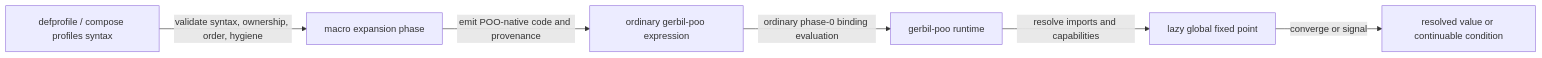
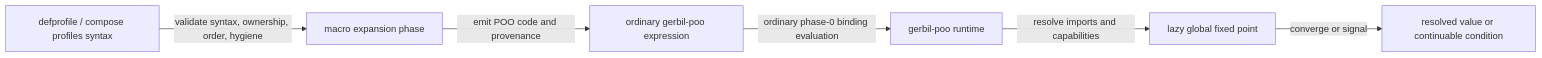
One commit to tao3k/gebril-yuanxu changed the seventh of 9 diagrams in module-system/design/45-17-profile-expansion-reflection-and-identity.org. Above: the diagram before and after it, drawn with Mermaid. The commit also changed other lines of this file and 1469 other files, not shown here.

```diff
--- a/module-system/design/45-17-profile-expansion-reflection-and-identity.org
+++ b/module-system/design/45-17-profile-expansion-reflection-and-identity.org
@@ -363,15 +363,15 @@
 #+begin_src mermaid
 flowchart LR
     S["defprofile / compose profiles syntax"]
     M["macro expansion phase"]
     P["ordinary gerbil-poo expression"]
     R["gerbil-poo runtime"]
     F["lazy global fixed point"]
     V["resolved value or continuable condition"]
 
     S -->|"validate syntax, ownership, order, hygiene"| M
-    M -->|"emit POO-native code and provenance"| P
+    M -->|"emit POO code and provenance"| P
     P -->|"ordinary phase-0 binding evaluation"| R
     R -->|"resolve imports and capabilities"| F
     F -->|"converge or signal"| V
 #+end_src
```
